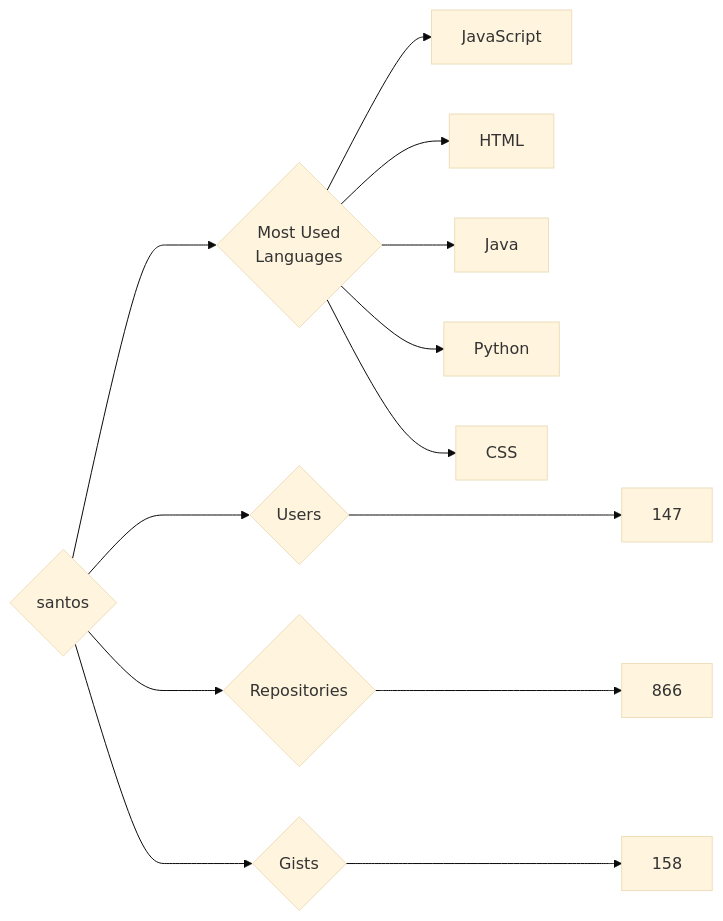
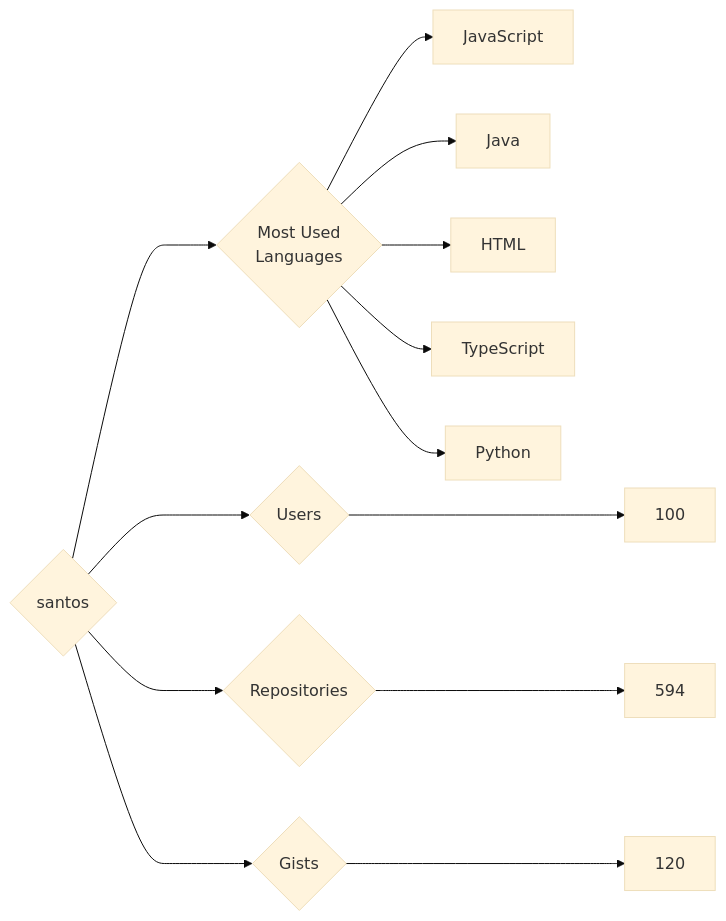
The diagram in targets/santos/README.md (trickest/insiders), drawn with Mermaid (base theme) before and after one commit. The commit also changed 629 other files, not shown here.

````diff
--- a/targets/santos/README.md
+++ b/targets/santos/README.md
@@ -3,13 +3,13 @@
 ```mermaid
 graph LR
 COMPANY_NAME{santos}
-COMPANY_NAME ---> U{Users} ---> UN[147]
-COMPANY_NAME ---> R{Repositories} ---> RN[866]
-COMPANY_NAME ---> G{Gists} ---> GN[158]
+COMPANY_NAME ---> U{Users} ---> UN[100]
+COMPANY_NAME ---> R{Repositories} ---> RN[594]
+COMPANY_NAME ---> G{Gists} ---> GN[120]
 COMPANY_NAME ---> ML{Most Used<br>Languages}
 ML --> JavaScript[JavaScript]
+ML --> Java[Java]
 ML --> HTML[HTML]
-ML --> Java[Java]
+ML --> TypeScript[TypeScript]
 ML --> Python[Python]
-ML --> CSS[CSS]
 ```
````
